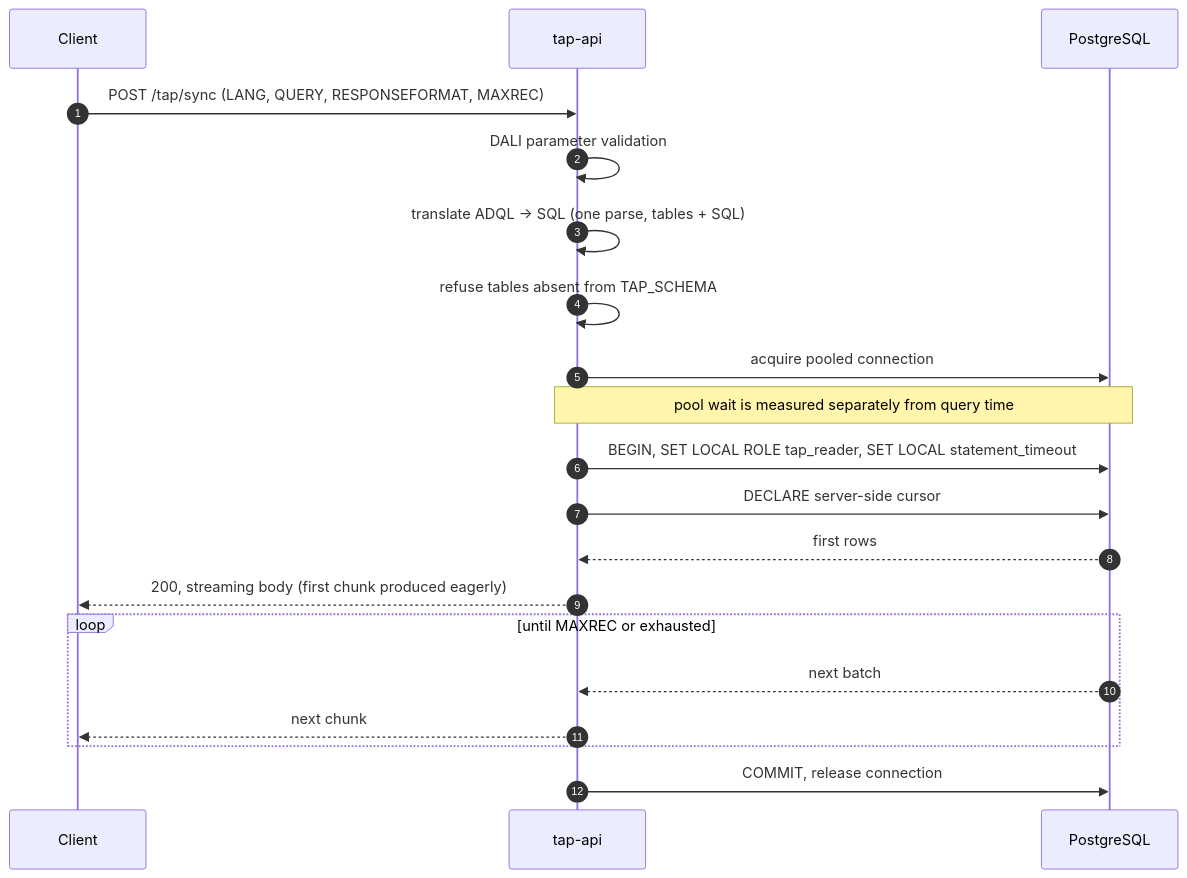
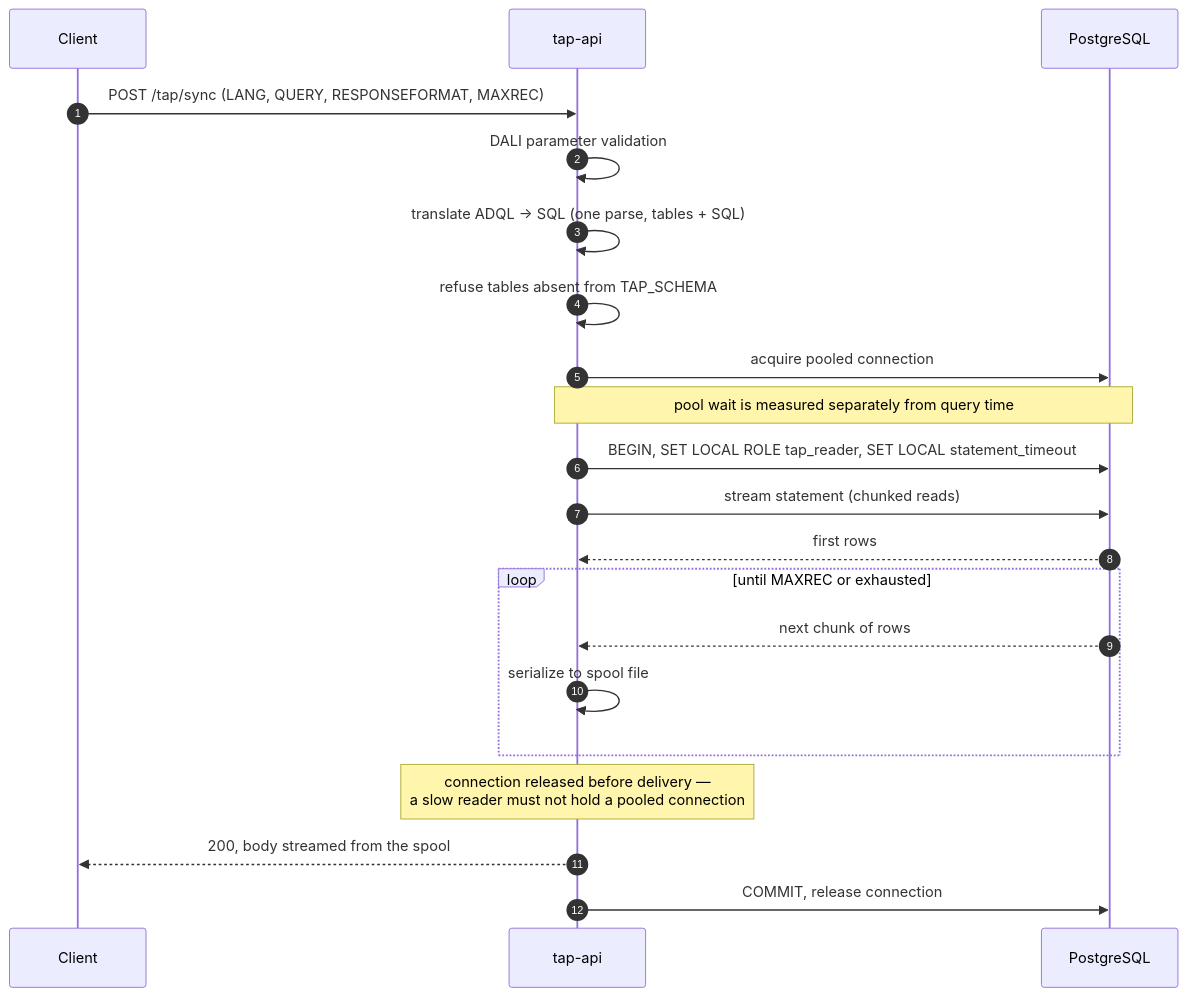
The fourth of 10 diagrams in docs/architecture.md (MicheleDelliVeneri/skao-tap), drawn with Mermaid before and after one commit. The commit also changed other lines of this file and 33 other files, not shown here.

````diff
--- a/docs/architecture.md
+++ b/docs/architecture.md
@@ -112,22 +112,23 @@
 ```mermaid
 sequenceDiagram
     autonumber
     participant C as Client
     participant A as tap-api
     participant P as PostgreSQL
     C->>A: POST /tap/sync (LANG, QUERY, RESPONSEFORMAT, MAXREC)
     A->>A: DALI parameter validation
     A->>A: translate ADQL → SQL (one parse, tables + SQL)
     A->>A: refuse tables absent from TAP_SCHEMA
     A->>P: acquire pooled connection
     Note over A,P: pool wait is measured separately from query time
     A->>P: BEGIN, SET LOCAL ROLE tap_reader, SET LOCAL statement_timeout
-    A->>P: DECLARE server-side cursor
+    A->>P: stream statement (chunked reads)
     P-->>A: first rows
-    A-->>C: 200, streaming body (first chunk produced eagerly)
     loop until MAXREC or exhausted
-        P-->>A: next batch
-        A-->>C: next chunk
+        P-->>A: next chunk of rows
+        A->>A: serialize to spool file
     end
+    Note over A: connection released before delivery —<br/>a slow reader must not hold a pooled connection
+    A-->>C: 200, body streamed from the spool
     A->>P: COMMIT, release connection
 ```
````
